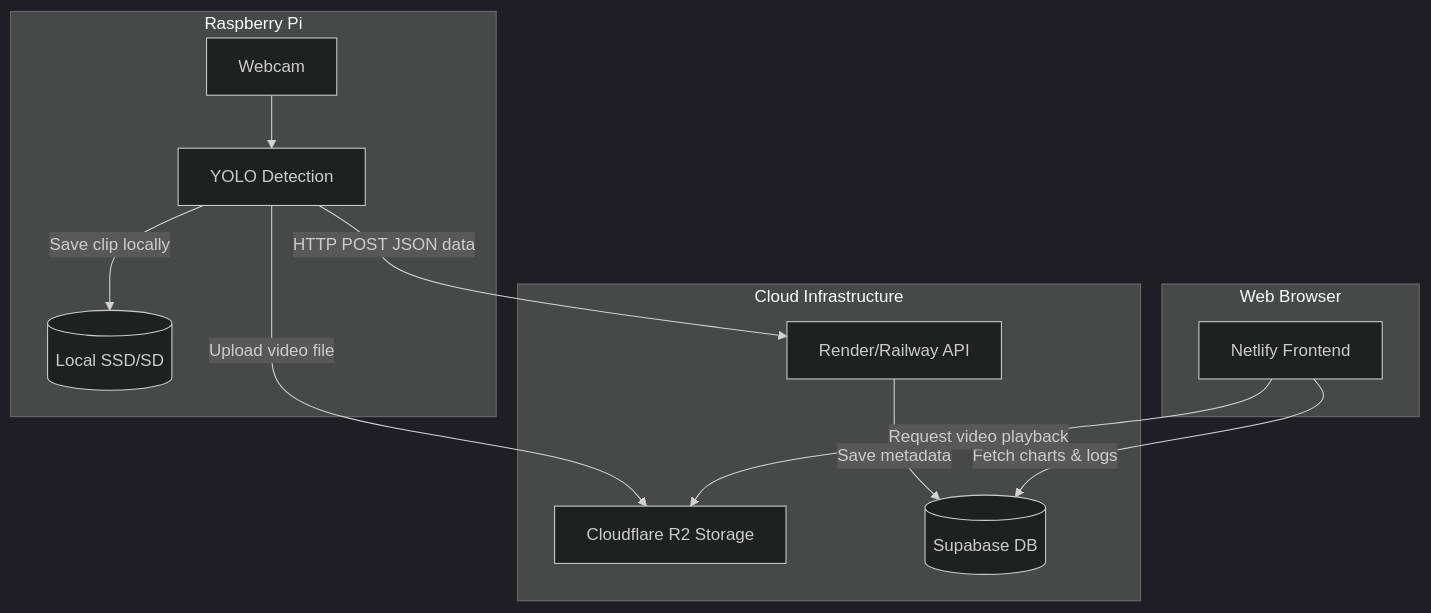
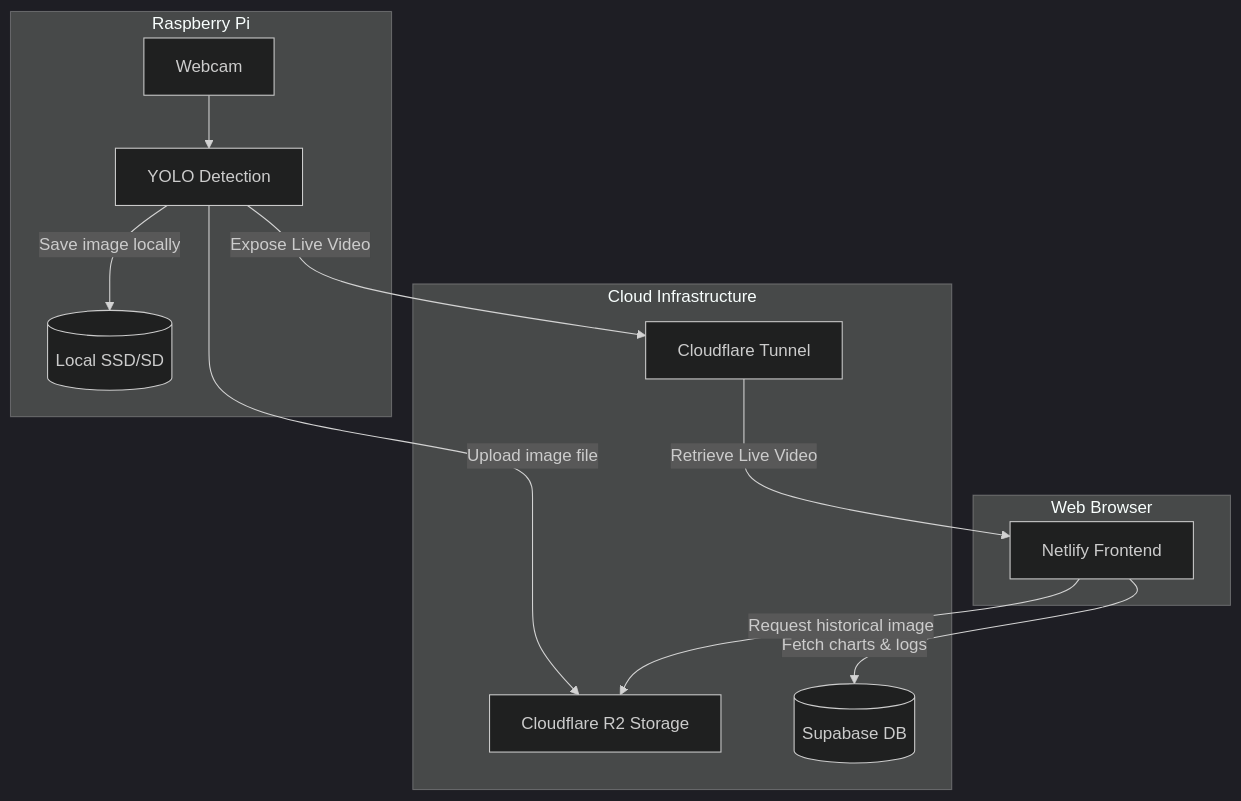
One commit to OGoodrum/Tomato-Dataset-Model changed the diagram in Data Flow Architectural Diagram.md. Above: the diagram before and after it, drawn with Mermaid (dark theme).

Commit message:
Changes to Data Flow Architectural Diagram adding cloudflare tunnel

````diff
--- a/Data Flow Architectural Diagram.md
+++ b/Data Flow Architectural Diagram.md
@@ -3,25 +3,25 @@
 ```mermaid
 graph TD
     subgraph Edge ["Raspberry Pi"]
         Camera[Webcam] --> Inference["YOLO Detection"]
         LocalStorage[("Local SSD/SD")]
-        Inference -->|Save clip locally| LocalStorage
+        Inference -->|Save image locally| LocalStorage
     end
 
     subgraph CloudServices ["Cloud Infrastructure"]
         CloudStorage["Cloudflare R2 Storage"]
-        CloudBackend["Render/Railway API"]
+        CloudBackend["Cloudflare Tunnel"]
         DB[("Supabase DB")]
-        CloudBackend -->|Save metadata| DB
     end
 
     subgraph User ["Web Browser"]
         Website["Netlify Frontend"]
     end
 
     %% Cross-subgraph connections
-    Inference -->|Upload video file| CloudStorage
-    Inference -->|HTTP POST JSON data| CloudBackend
+    Inference -->|Upload image file| CloudStorage
+    Inference -->|Expose Live Video| CloudBackend
     Website -->|Fetch charts & logs| DB
-    Website -->|Request video playback| CloudStorage
+    Website -->|Request historical image| CloudStorage
+    CloudBackend -->|Retrieve Live Video| Website
 ```
````
